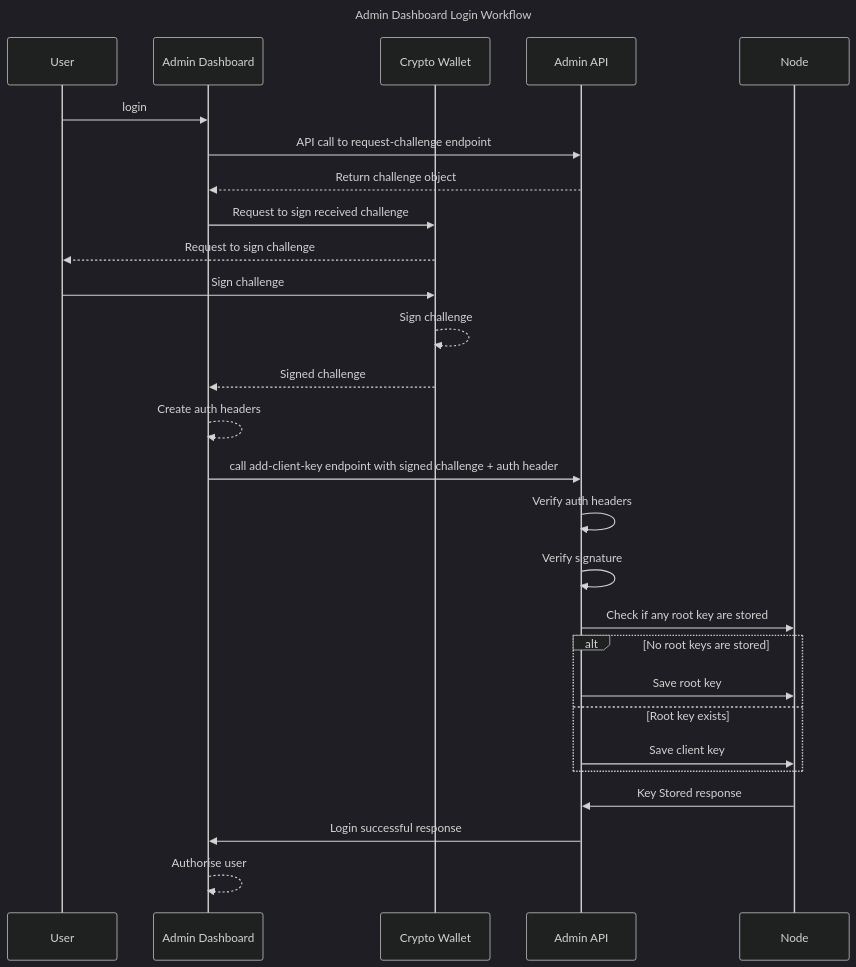
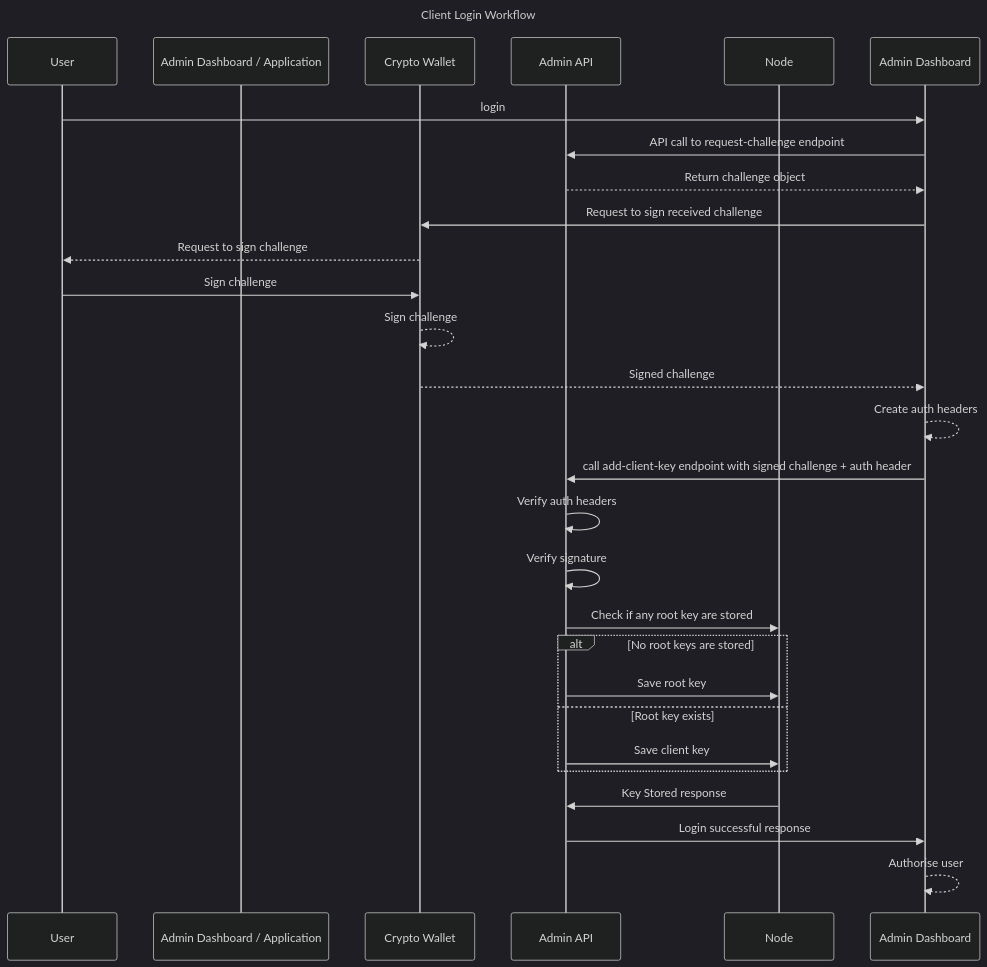
Before and after one commit to calimero-network/core: the diagram in crates/server/README.md, drawn with Mermaid (dark theme). The commit also changed other lines of this file, not shown here.

Commit message:
fix: rename to client login

````diff
--- a/crates/server/README.md
+++ b/crates/server/README.md
@@ -78,32 +78,32 @@
 ```mermaid
 sequenceDiagram
-    title Admin Dashboard Login Workflow
+    title Client Login Workflow
     
     participant User
-    participant Admin Dashboard
+    participant Admin Dashboard / Application
     participant Crypto Wallet
     participant Admin API
     participant Node
     
     User->>Admin Dashboard: login
     Admin Dashboard->>Admin API: API call to request-challenge endpoint
     Admin API-->>Admin Dashboard: Return challenge object
     Admin Dashboard->>Crypto Wallet: Request to sign received challenge
     Crypto Wallet-->>User: Request to sign challenge
     User->>Crypto Wallet: Sign challenge
     Crypto Wallet-->>Crypto Wallet: Sign challenge
     Crypto Wallet-->>Admin Dashboard: Signed challenge
     Admin Dashboard-->>Admin Dashboard: Create auth headers
     Admin Dashboard->>Admin API: call add-client-key endpoint with signed challenge + auth header
     Admin API->>Admin API: Verify auth headers    
     Admin API->>Admin API: Verify signature
     Admin API->>Node: Check if any root key are stored
     alt No root keys are stored 
         Admin API->>Node: Save root key
     else Root key exists
         Admin API->>Node: Save client key
     end
     Node->>Admin API: Key Stored response
     Admin API->>Admin Dashboard: Login successful response
     Admin Dashboard-->>Admin Dashboard: Authorise user
 ```
````
